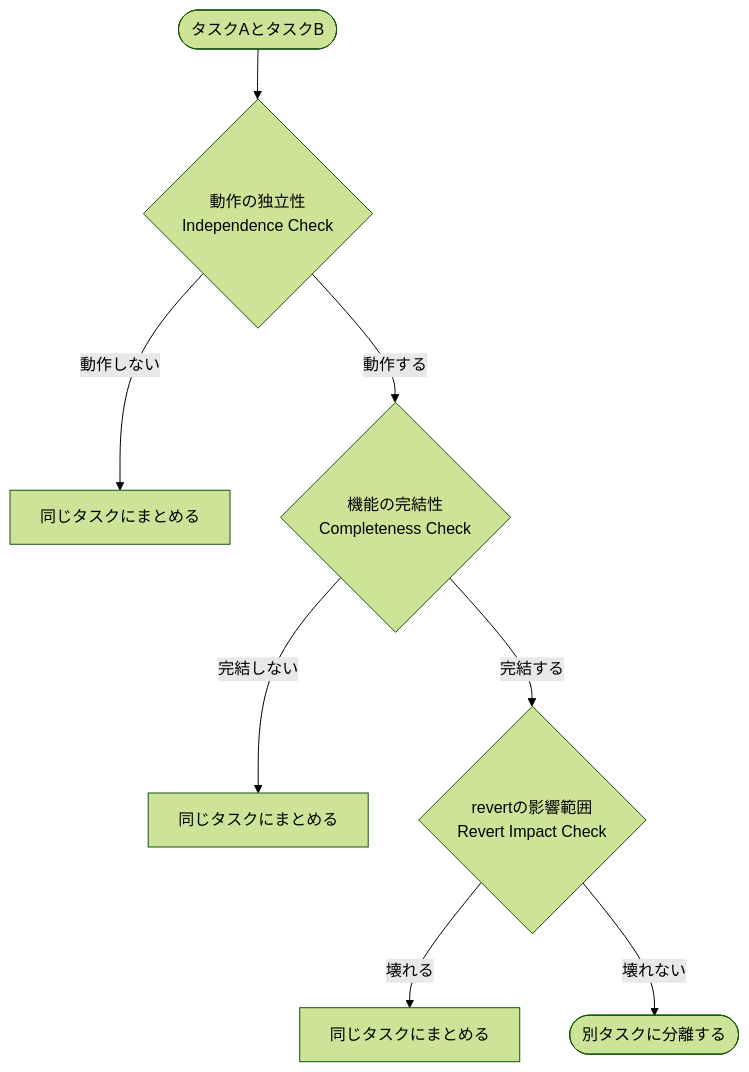
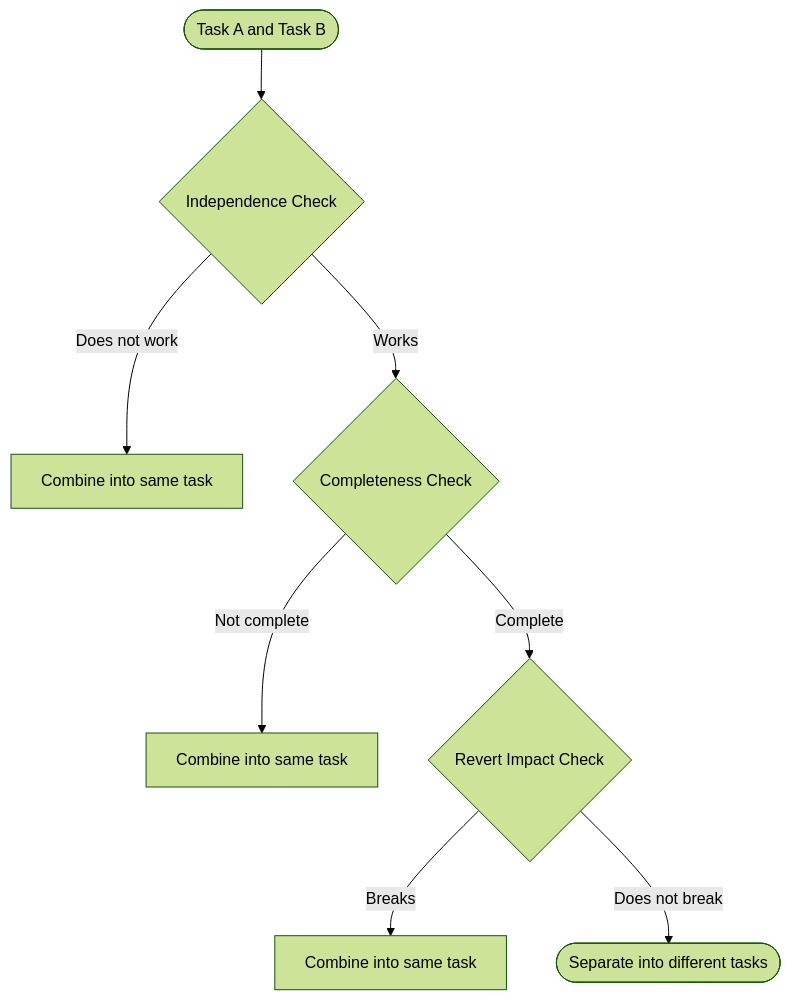
The diagram in task-planner/skills/task-breakdown/references/decomposition-guidelines.md (XeicuLy/xeiculy-plugins), drawn with Mermaid (forest theme) before and after one commit. The commit also changed other lines of this file and 5 other files, not shown here.

````diff
--- a/task-planner/skills/task-breakdown/references/decomposition-guidelines.md
+++ b/task-planner/skills/task-breakdown/references/decomposition-guidelines.md
@@ -45,10 +45,10 @@
 ```mermaid
 flowchart TD
-    Start([タスクAとタスクB]) --> S1{動作の独立性\nIndependence Check}
-    S1 -->|動作しない| M1[同じタスクにまとめる]
-    S1 -->|動作する| S2{機能の完結性\nCompleteness Check}
-    S2 -->|完結しない| M2[同じタスクにまとめる]
-    S2 -->|完結する| S3{revertの影響範囲\nRevert Impact Check}
-    S3 -->|壊れる| M3[同じタスクにまとめる]
-    S3 -->|壊れない| Split([別タスクに分離する])
+    Start([Task A and Task B]) --> S1{Independence Check}
+    S1 -->|Does not work| M1[Combine into same task]
+    S1 -->|Works| S2{Completeness Check}
+    S2 -->|Not complete| M2[Combine into same task]
+    S2 -->|Complete| S3{Revert Impact Check}
+    S3 -->|Breaks| M3[Combine into same task]
+    S3 -->|Does not break| Split([Separate into different tasks])
 ```
````
